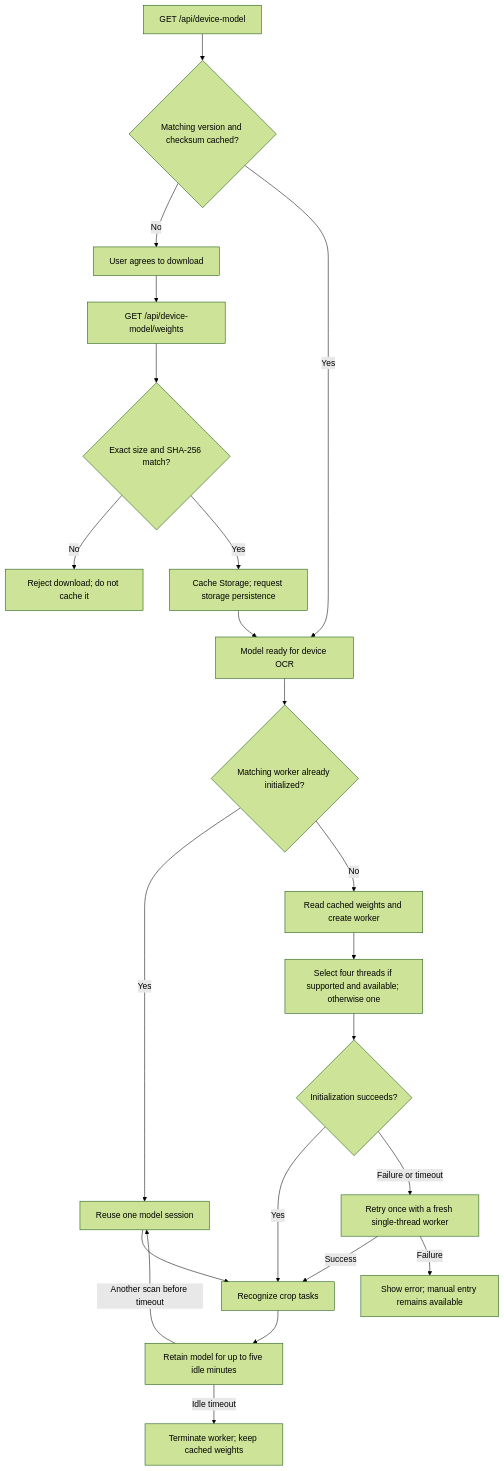
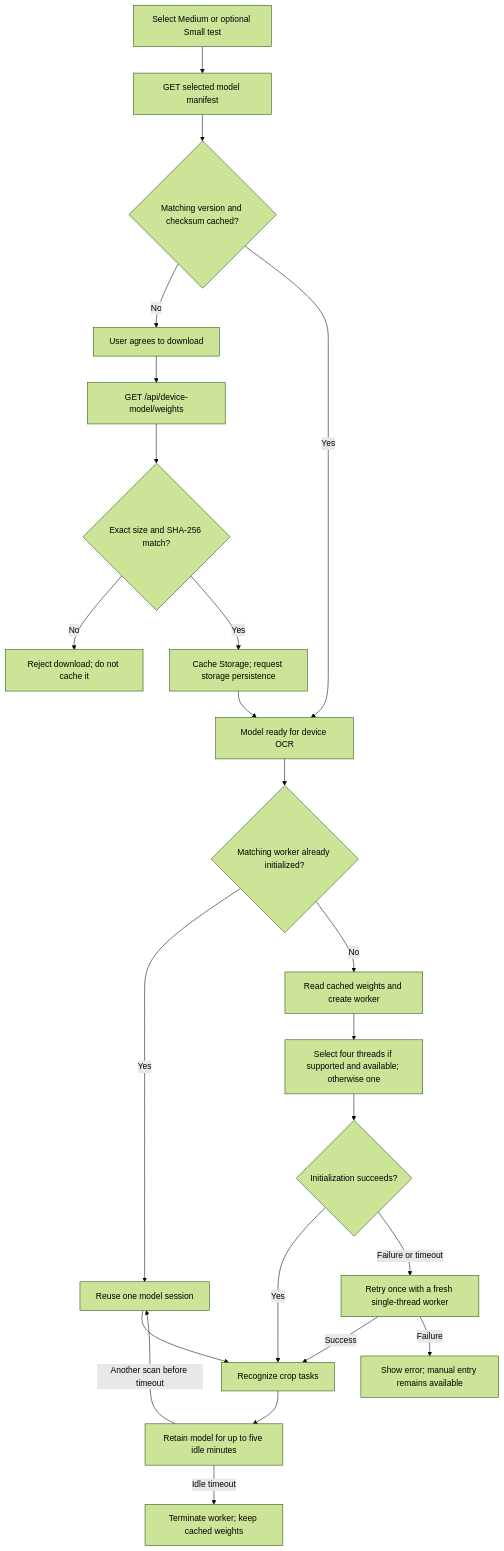
Before and after one commit to taha59/timecard_scanner_ocr: the fourth of 8 diagrams in docs/FLOW_DIAGRAMS.md, drawn with Mermaid (forest theme). The commit also changed other lines of this file and 14 other files, not shown here.

Commit message:
Add optional PaddleOCR PP-OCRv6 Small browser model comparison

````diff
--- a/docs/FLOW_DIAGRAMS.md
+++ b/docs/FLOW_DIAGRAMS.md
@@ -115,24 +115,25 @@
 ```mermaid
 flowchart TD
-    Manifest[GET /api/device-model] --> Present{Matching version and checksum cached?}
+    Choose[Select Medium or optional Small test] --> Manifest[GET selected model manifest]
+    Manifest --> Present{Matching version and checksum cached?}
     Present -->|No| Agree[User agrees to download]
     Agree --> Fetch[GET /api/device-model/weights]
     Fetch --> Verify{Exact size and SHA-256 match?}
     Verify -->|No| Reject[Reject download; do not cache it]
     Verify -->|Yes| Store[Cache Storage; request storage persistence]
     Present -->|Yes| Ready[Model ready for device OCR]
     Store --> Ready
     Ready --> Warm{Matching worker already initialized?}
     Warm -->|Yes| Reuse[Reuse one model session]
     Warm -->|No| Load[Read cached weights and create worker]
     Load --> Threads[Select four threads if supported and available; otherwise one]
     Threads --> Init{Initialization succeeds?}
     Init -->|Yes| Run[Recognize crop tasks]
     Init -->|Failure or timeout| Retry[Retry once with a fresh single-thread worker]
     Retry -->|Success| Run
     Retry -->|Failure| Error[Show error; manual entry remains available]
     Reuse --> Run
     Run --> Idle[Retain model for up to five idle minutes]
     Idle -->|Another scan before timeout| Reuse
     Idle -->|Idle timeout| End[Terminate worker; keep cached weights]
 ```
````
